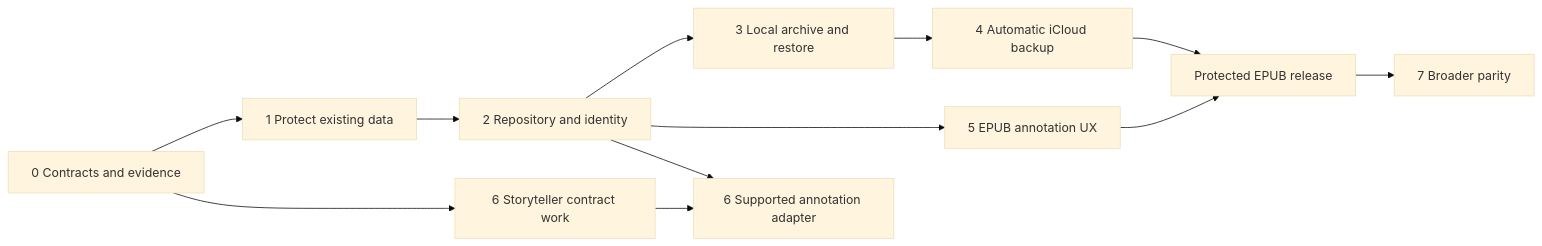
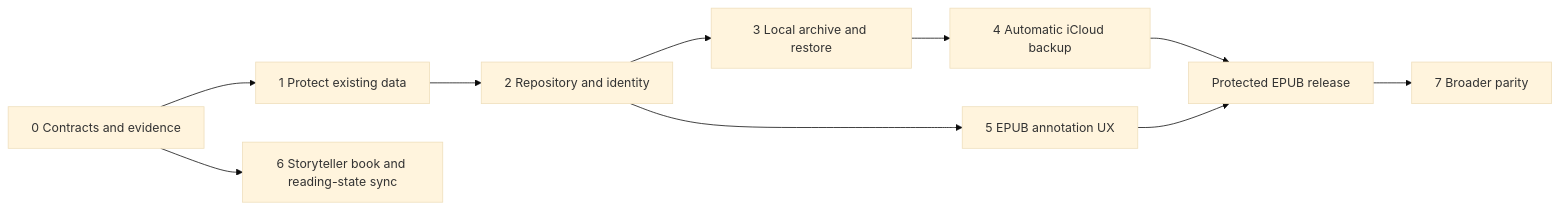
One commit to bokehsec/silveran-reader changed the diagram in docs/ANNOTATION_SYNC_BACKUP_IMPLEMENTATION_PLAN.md. Above: the diagram before and after it, drawn with Mermaid (base theme). The commit also changed other lines of this file and 5 other files, not shown here.

````diff
--- a/docs/ANNOTATION_SYNC_BACKUP_IMPLEMENTATION_PLAN.md
+++ b/docs/ANNOTATION_SYNC_BACKUP_IMPLEMENTATION_PLAN.md
@@ -26,14 +28,12 @@
 ```mermaid
 flowchart LR
     P0[0 Contracts and evidence] --> P1[1 Protect existing data]
     P1 --> P2[2 Repository and identity]
     P2 --> P3[3 Local archive and restore]
     P3 --> P4[4 Automatic iCloud backup]
     P2 --> P5[5 EPUB annotation UX]
-    P0 --> P6[6 Storyteller contract work]
-    P2 --> P6A[6 Supported annotation adapter]
-    P6 --> P6A
+    P0 --> P6[6 Storyteller book and reading-state sync]
     P4 --> R[Protected EPUB release]
     P5 --> R
     R --> P7[7 Broader parity]
 ```
````
